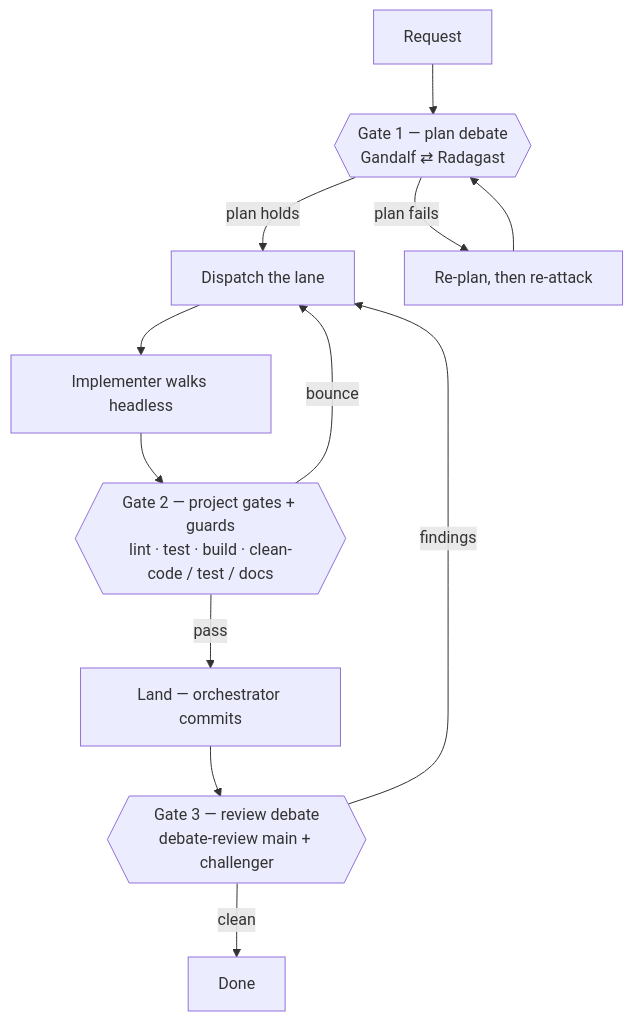
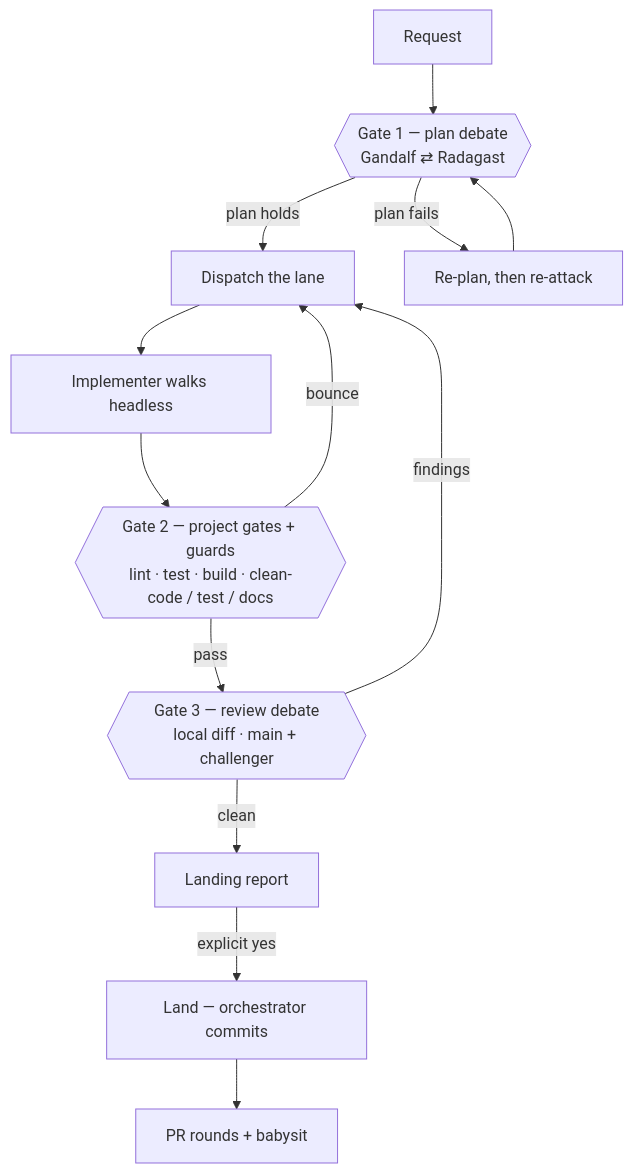
The diagram in skills/gandalf/references/plan-debate.md (Ahmed-ElKashif/gandalf), drawn with Mermaid before and after one commit. The commit also changed other lines of this file and 27 other files, not shown here.

````diff
--- a/skills/gandalf/references/plan-debate.md
+++ b/skills/gandalf/references/plan-debate.md
@@ -18,14 +18,15 @@
 ```mermaid
 flowchart TD
   Q[Request] --> G1{{"Gate 1 — plan debate<br/>Gandalf ⇄ Radagast"}}
   G1 -->|plan holds| D[Dispatch the lane]
   G1 -->|plan fails| P[Re-plan, then re-attack]
   P --> G1
   D --> IMP[Implementer walks headless]
   IMP --> G2{{"Gate 2 — project gates + guards<br/>lint · test · build · clean-code / test / docs"}}
-  G2 -->|pass| L[Land — orchestrator commits]
   G2 -->|bounce| D
-  L --> G3{{"Gate 3 — review debate<br/>debate-review main + challenger"}}
+  G2 -->|pass| G3{{"Gate 3 — review debate<br/>local diff · main + challenger"}}
   G3 -->|findings| D
-  G3 -->|clean| Y[Done]
+  G3 -->|clean| LR[Landing report]
+  LR -->|explicit yes| L[Land — orchestrator commits]
+  L --> PR[PR rounds + babysit]
 ```
````
